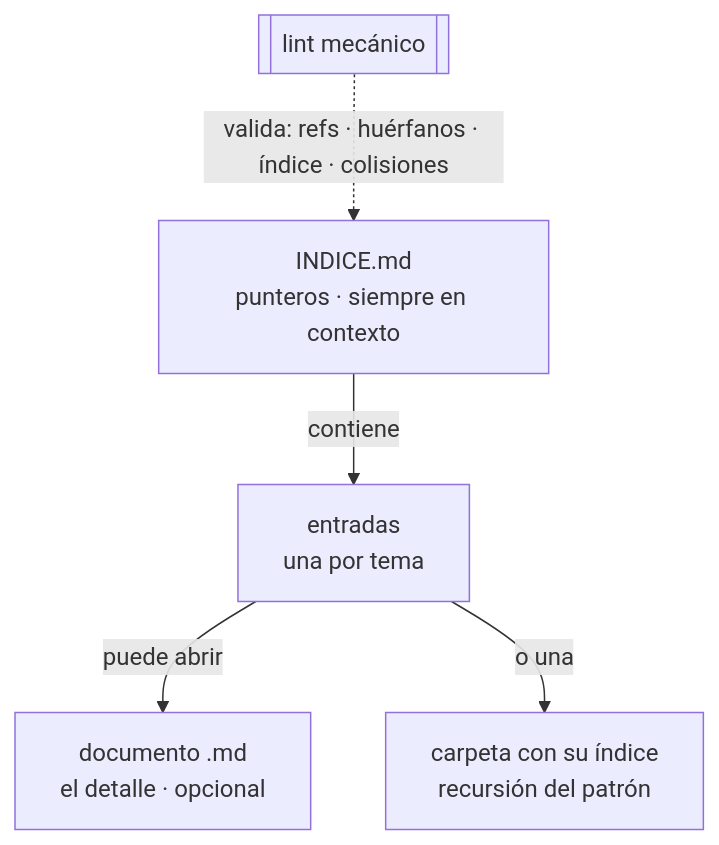
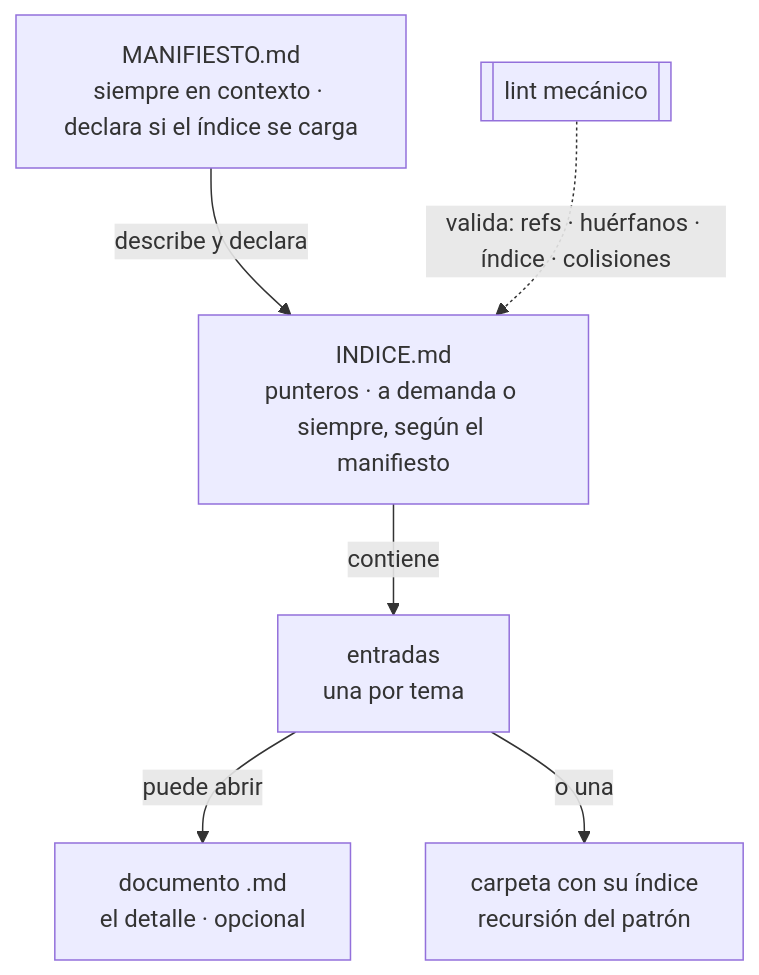
Before and after one commit to XelNagah/personal-claude-harness: the second of 2 diagrams in README.md, drawn with Mermaid. The commit also changed other lines of this file and 1 other file, not shown here.

````diff
--- a/README.md
+++ b/README.md
@@ -55,12 +67,14 @@
 ```mermaid
 flowchart TD
-    IDX["INDICE.md<br/>punteros · siempre en contexto"]
+    M["MANIFIESTO.md<br/>siempre en contexto · declara si el índice se carga"]
+    IDX["INDICE.md<br/>punteros · a demanda o siempre, según el manifiesto"]
     E["entradas<br/>una por tema"]
     D["documento .md<br/>el detalle · opcional"]
     F["carpeta con su índice<br/>recursión del patrón"]
     LINT[["lint mecánico"]]
+    M -->|describe y declara| IDX
     IDX -->|contiene| E
     E -->|puede abrir| D
     E -->|o una| F
     LINT -.->|valida: refs · huérfanos · índice · colisiones| IDX
 ```
````
